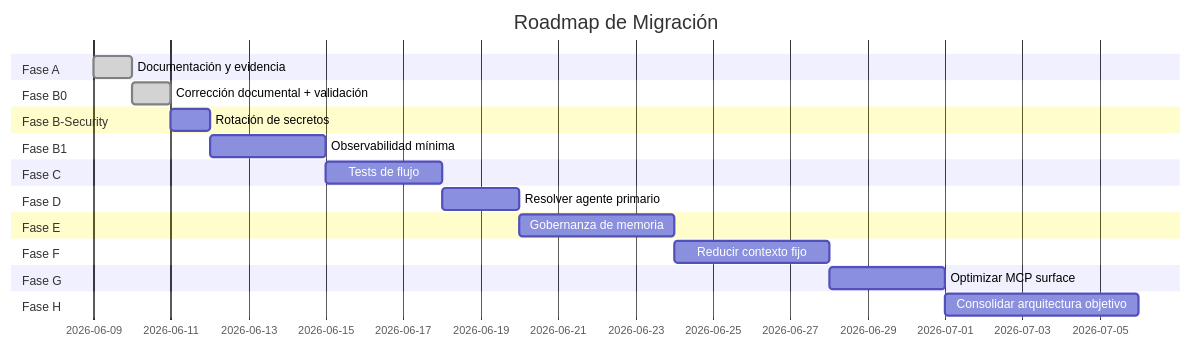
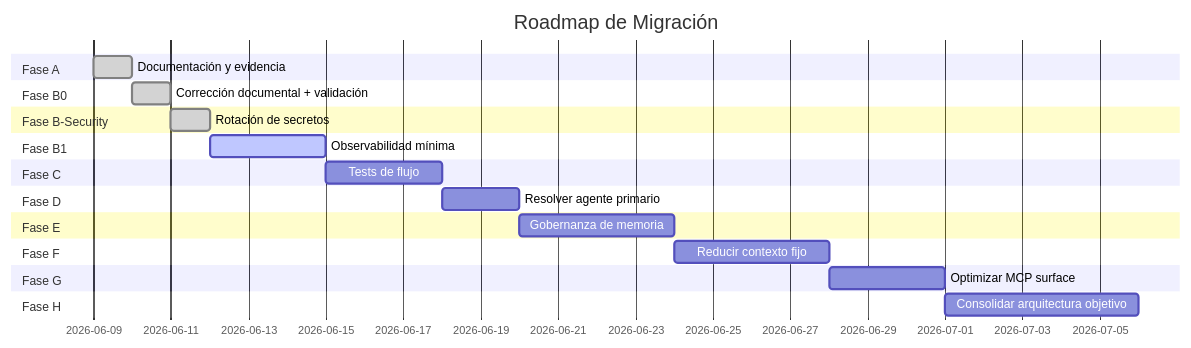
The first of 2 diagrams in docs/opencode-architecture/12-migration-roadmap.md (harrysxavio/opencode-architecture), drawn with Mermaid before and after one commit. The commit also changed other lines of this file and 12 other files, not shown here.

````diff
--- a/docs/opencode-architecture/12-migration-roadmap.md
+++ b/docs/opencode-architecture/12-migration-roadmap.md
@@ -200,36 +208,36 @@
 ```mermaid
 gantt
     title Roadmap de Migración
     dateFormat  YYYY-MM-DD
     axisFormat  %Y-%m-%d
     
     section Fase A
     Documentación y evidencia          :done, A, 2026-06-09, 1d
 
     section Fase B0
     Corrección documental + validación :done, B0, after A, 1d
     
     section Fase B-Security
-    Rotación de secretos               :B_SEC, after B0, 1d
+    Rotación de secretos               :done, B_SEC, after B0, 1d
     
     section Fase B1
-    Observabilidad mínima              :B1, after B_SEC, 3d
+    Observabilidad mínima              :active, B1, after B_SEC, 3d
     
     section Fase C
     Tests de flujo                     :C, after B1, 3d
     
     section Fase D
     Resolver agente primario           :D, after C, 2d
     
     section Fase E
     Gobernanza de memoria              :E, after D, 4d
     
     section Fase F
     Reducir contexto fijo              :F, after E, 4d
     
     section Fase G
     Optimizar MCP surface              :G, after F, 3d
     
     section Fase H
     Consolidar arquitectura objetivo   :H, after G, 5d
 ```
````
